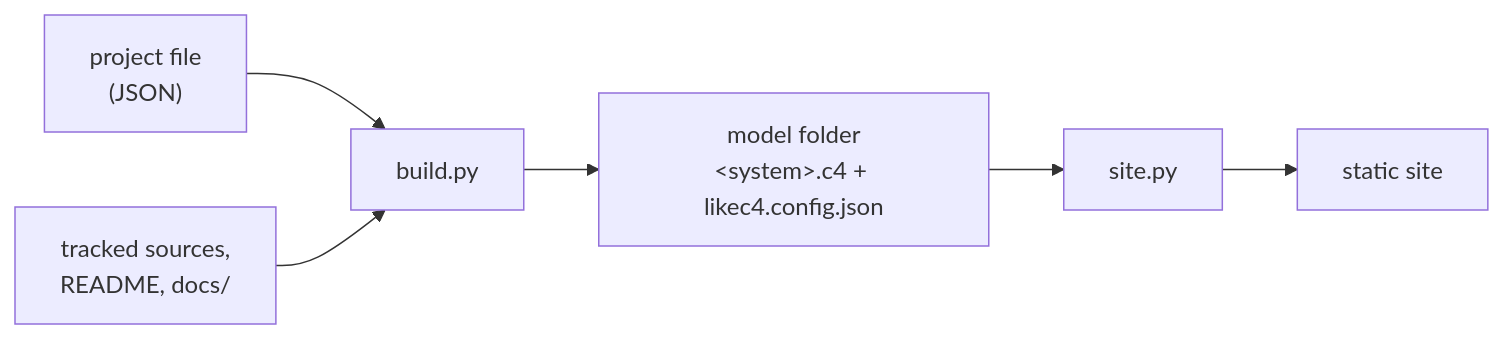
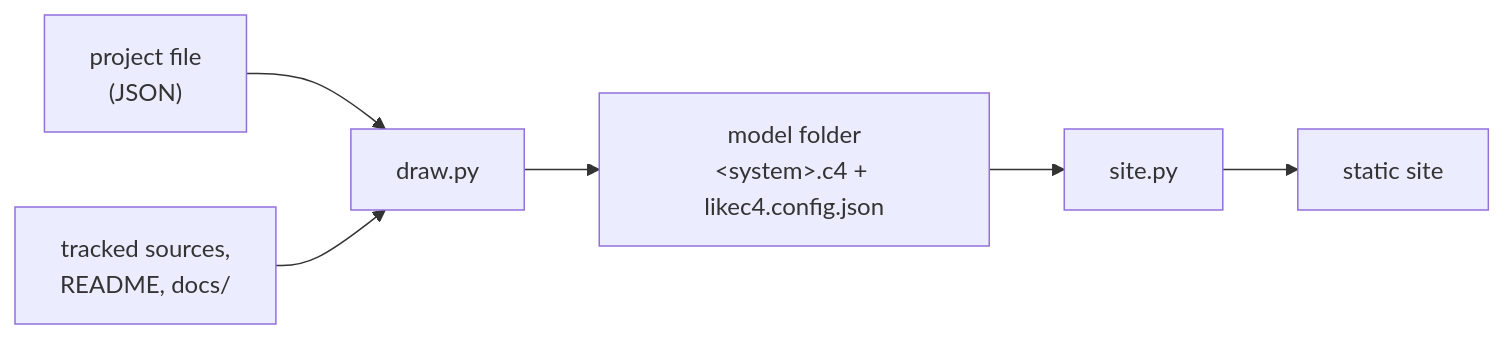
Before and after one commit to jose-villegas/autana: the diagram in docs/tools/Architecture-Diagram.md, drawn with Mermaid. The commit also changed other lines of this file and 6 other files, not shown here.

First line of the commit message:
architecture: draw.py, not build.py; packages come from build_data; one heading-id owner (i5djy.15)

````diff
--- a/docs/tools/Architecture-Diagram.md
+++ b/docs/tools/Architecture-Diagram.md
@@ -7,8 +7,8 @@
 ```mermaid
 flowchart LR
-    P["project file<br/>(JSON)"] --> B["build.py"]
+    P["project file<br/>(JSON)"] --> B["draw.py"]
     T["tracked sources,<br/>README, docs/"] --> B
     B --> M["model folder<br/>&lt;system&gt;.c4 + likec4.config.json"]
     M --> S["site.py"]
     S --> W["static site"]
 ```
````
